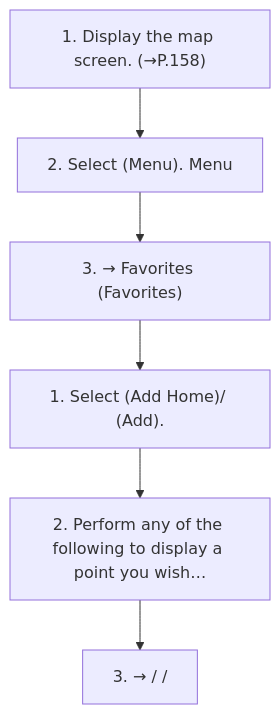
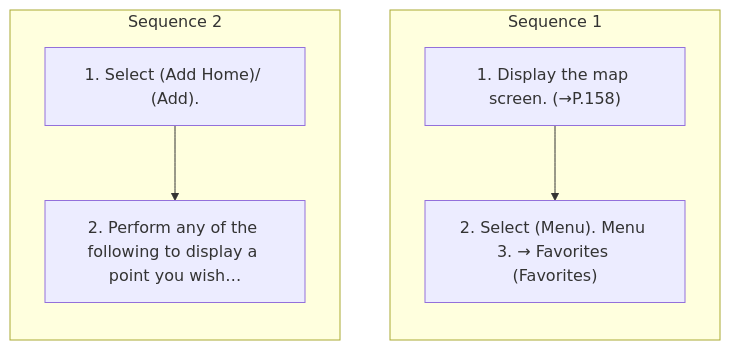
The diagram in workspace/subaru/ascent-2026/ivi/published/navigation-system-if-equipped/11-favorites-screen.md (Chieko-Y/my-spec-generator), drawn with Mermaid before and after one commit. The commit also changed other lines of this file and 268 other files, not shown here.

````diff
--- a/workspace/subaru/ascent-2026/ivi/published/navigation-system-if-equipped/11-favorites-screen.md
+++ b/workspace/subaru/ascent-2026/ivi/published/navigation-system-if-equipped/11-favorites-screen.md
@@ -17,14 +17,15 @@
 ```mermaid
 flowchart TD
-    S1["1. Display the map screen. (→P.158)"]
-    S2["2. Select (Menu). Menu"]
-    S3["3. → Favorites (Favorites)"]
-    S4["1. Select (Add Home)/ (Add)."]
-    S5["2. Perform any of the following to display a point you wish…"]
-    S6["3. → / /"]
-    S1 --> S2
-    S2 --> S3
-    S3 --> S4
-    S4 --> S5
-    S5 --> S6
+    subgraph SEQ1["Sequence 1"]
+    direction TB
+    S1_1["1. Display the map screen. (→P.158)"]
+    S1_2["2. Select (Menu). Menu 3. → Favorites (Favorites)"]
+    S1_1 --> S1_2
+    end
+    subgraph SEQ2["Sequence 2"]
+    direction TB
+    S2_1["1. Select (Add Home)/ (Add)."]
+    S2_2["2. Perform any of the following to display a point you wish…"]
+    S2_1 --> S2_2
+    end
 ```
````
